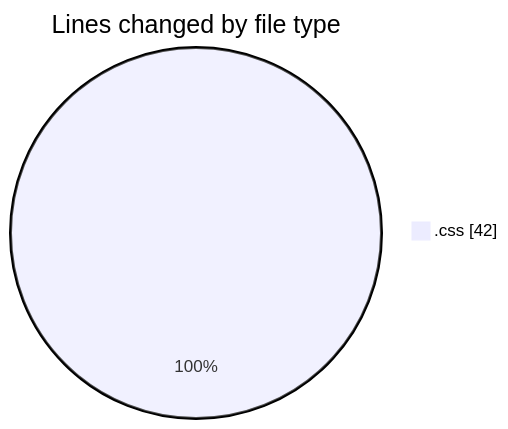
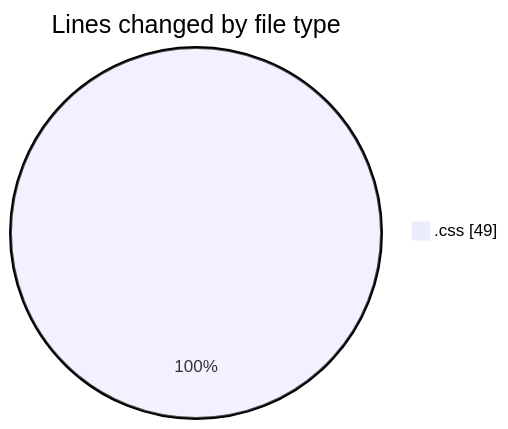
One commit to Elitesun/code-tracking changed the first of 2 diagrams in 2025-01-31/react/README.md. Above: the diagram before and after it, drawn with Mermaid. The commit also changed other lines of this file and 1 other file, not shown here.

````diff
--- a/2025-01-31/react/README.md
+++ b/2025-01-31/react/README.md
@@ -20,5 +20,5 @@
 ```mermaid
 pie showData
 title Lines changed by file type
-".css" : 42
+".css" : 49
 ```
````
